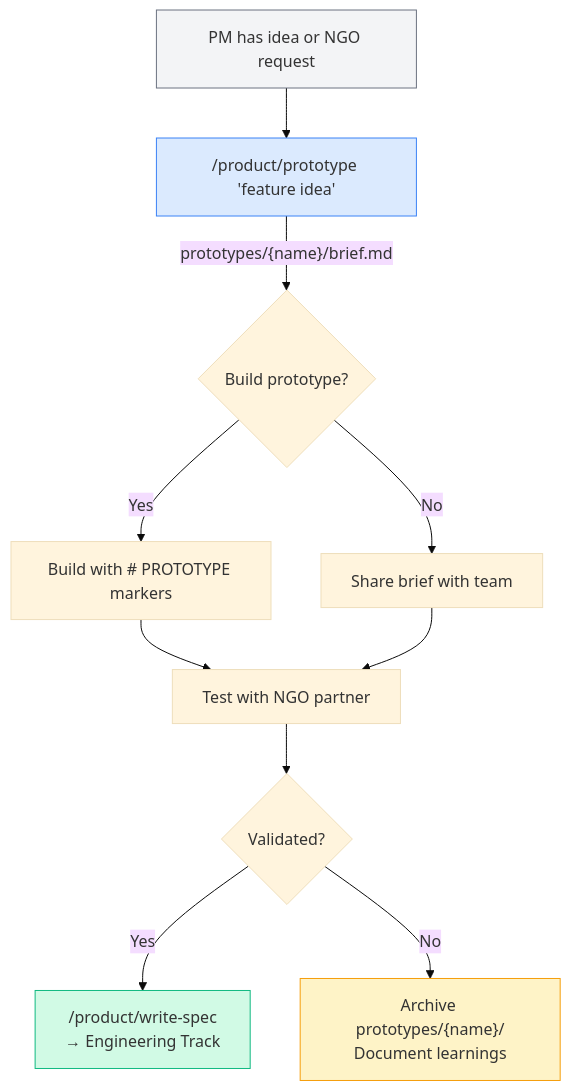
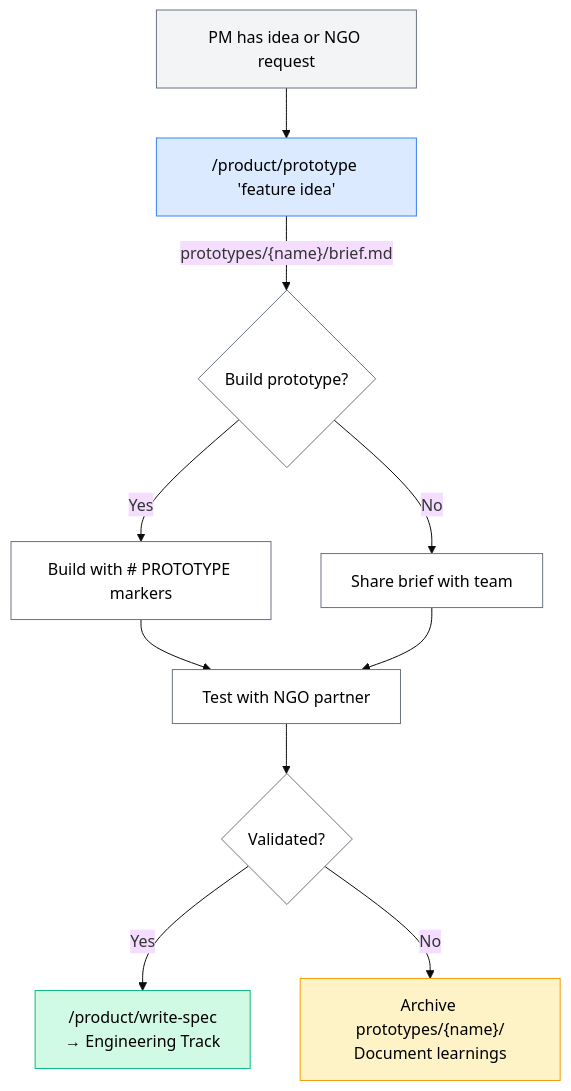
The first of 2 diagrams in README.md (DalgoT4D/dalgo-core), drawn with Mermaid (base theme) before and after one commit. The commit also changed other lines of this file, not shown here.

Commit message:
updated the mermaid workflow

````diff
--- a/README.md
+++ b/README.md
@@ -50,17 +50,22 @@
 ```mermaid
 flowchart TD
     A["PM has idea or NGO request"] --> B["/product/prototype 'feature idea'"]
     B --> |"prototypes/{name}/brief.md"| C{"Build prototype?"}
     C --> |Yes| D["Build with # PROTOTYPE markers"]
     C --> |No| E["Share brief with team"]
     D --> F["Test with NGO partner"]
     E --> F
     F --> G{Validated?}
     G --> |"Yes"| H["/product/write-spec\n→ Engineering Track"]
     G --> |"No"| I["Archive prototypes/{name}/\nDocument learnings"]
 
-    style A fill:#f3f4f6,stroke:#6b7280
-    style B fill:#dbeafe,stroke:#3b82f6
-    style H fill:#d1fae5,stroke:#10b981
-    style I fill:#fef3c7,stroke:#f59e0b
+    style A fill:#f3f4f6,stroke:#6b7280,color:#000
+    style B fill:#dbeafe,stroke:#3b82f6,color:#000
+    style C fill:#fff,stroke:#6b7280,color:#000
+    style D fill:#fff,stroke:#6b7280,color:#000
+    style E fill:#fff,stroke:#6b7280,color:#000
+    style F fill:#fff,stroke:#6b7280,color:#000
+    style G fill:#fff,stroke:#6b7280,color:#000
+    style H fill:#d1fae5,stroke:#10b981,color:#000
+    style I fill:#fef3c7,stroke:#f59e0b,color:#000
 ```
````
